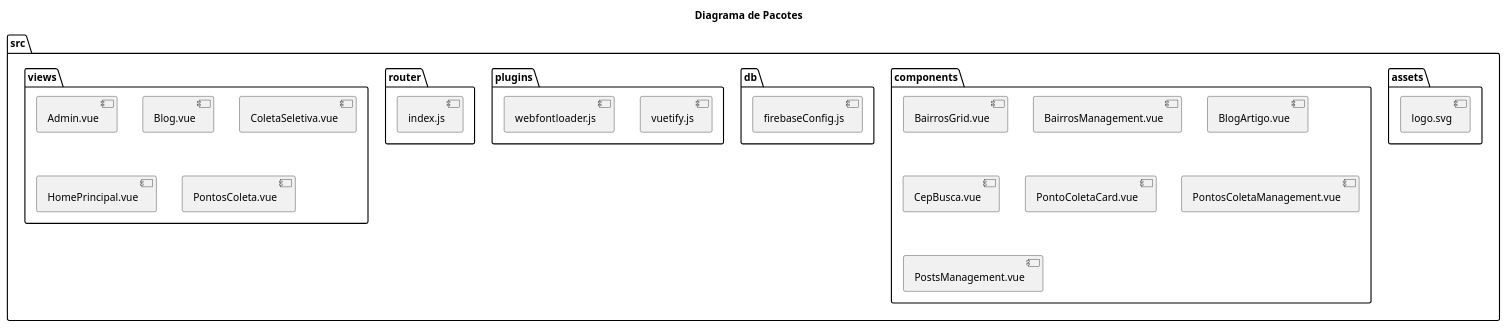
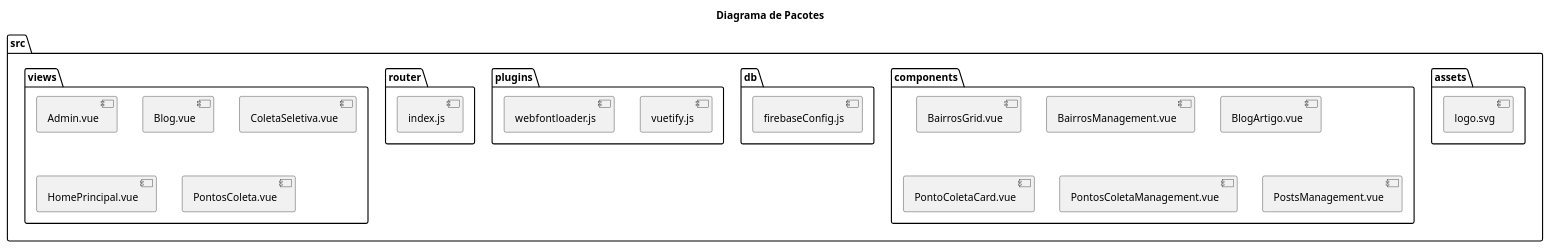
One commit to pedrohcmoda/quanto-amor-projeto changed the diagram in diagramaPacotes.wsd. Above: the diagram before and after it, drawn with PlantUML. The commit also changed 15 other files, not shown here.

Commit message:
* arrumando formatacao * adicionando busca na grid - removendo componente de busca por cep + componente grid de pontos de coleta

```diff
--- a/diagramaPacotes.wsd
+++ b/diagramaPacotes.wsd
@@ -1,41 +1,40 @@
 @startuml
 title Diagrama de Pacotes
 
 package "src" {
     package "assets" {
         [logo.svg]
     }
 
     package "components" {
         [BairrosGrid.vue]
         [BairrosManagement.vue]
         [BlogArtigo.vue]
-        [CepBusca.vue]
         [PontoColetaCard.vue]
         [PontosColetaManagement.vue]
         [PostsManagement.vue]
     }
 
     package "db" {
         [firebaseConfig.js]
     }
 
     package "plugins" {
         [vuetify.js]
         [webfontloader.js]
     }
 
     package "router" {
         [index.js]
     }
 
     package "views" {
         [Admin.vue]
         [Blog.vue]
         [ColetaSeletiva.vue]
         [HomePrincipal.vue]
         [PontosColeta.vue]
     }
 }
 
 @enduml
```
